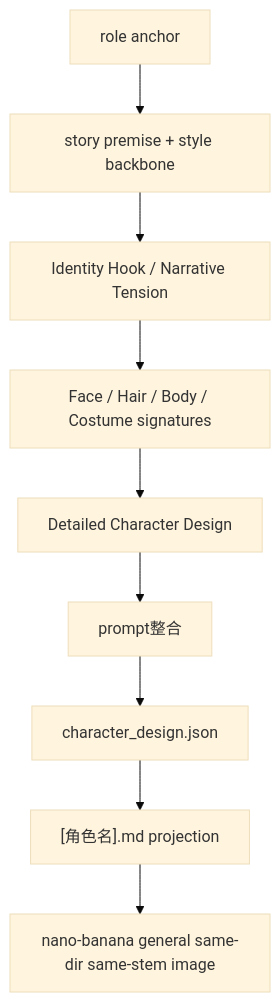
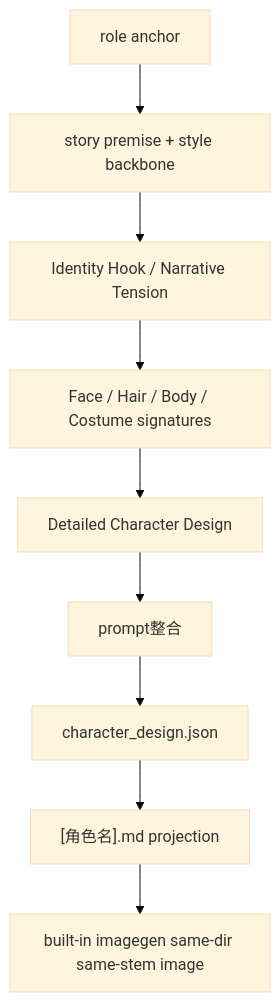
Before and after one commit to ZEN-VOID/AI-CUT: the diagram in .agents/skills/aigc/4-Design/2-设计/角色/references/character-design-assembly.md, drawn with Mermaid (base theme). The commit also changed 59 other files, not shown here.

````diff
--- a/.agents/skills/aigc/4-Design/2-设计/角色/references/character-design-assembly.md
+++ b/.agents/skills/aigc/4-Design/2-设计/角色/references/character-design-assembly.md
@@ -42,11 +42,11 @@
 ```mermaid
 flowchart TD
     A["role anchor"] --> B["story premise + style backbone"]
     B --> C["Identity Hook / Narrative Tension"]
     C --> D["Face / Hair / Body / Costume signatures"]
     D --> E["Detailed Character Design"]
     E --> F["prompt整合"]
     F --> G["character_design.json"]
     G --> H["[角色名].md projection"]
-    H --> I["nano-banana general same-dir same-stem image"]
+    H --> I["built-in imagegen same-dir same-stem image"]
 ```
````
